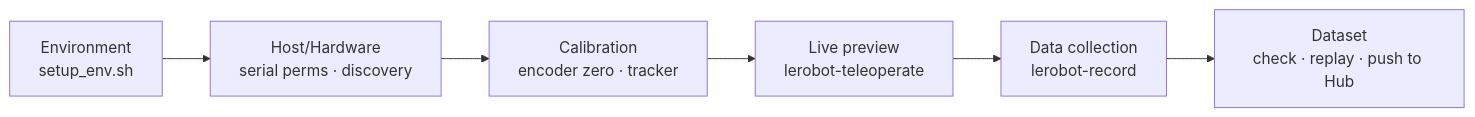
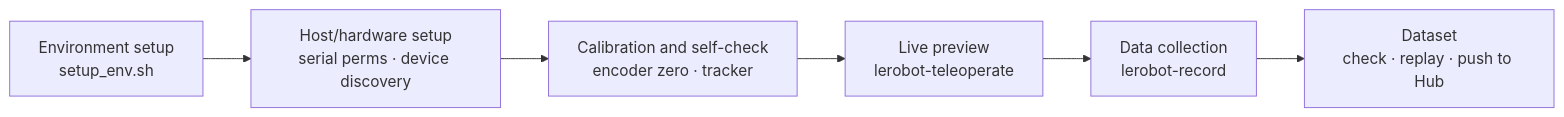
Before and after one commit to XenseRobotics-AI/XTac-UMI-G1-Docs: the diagram in docs/index.en.md, drawn with Mermaid. The commit also changed other lines of this file and 128 other files, not shown here.

````diff
--- a/docs/index.en.md
+++ b/docs/index.en.md
@@ -28,8 +25,8 @@
 ```mermaid
 flowchart LR
-    A[Environment<br/>setup_env.sh] --> B[Host/Hardware<br/>serial perms · discovery]
-    B --> C[Calibration<br/>encoder zero · tracker]
+    A[Environment setup<br/>setup_env.sh] --> B[Host/hardware setup<br/>serial perms · device discovery]
+    B --> C[Calibration and self-check<br/>encoder zero · tracker]
     C --> P[Live preview<br/>lerobot-teleoperate]
     P --> D[Data collection<br/>lerobot-record]
     D --> E[Dataset<br/>check · replay · push to Hub]
 ```
````
